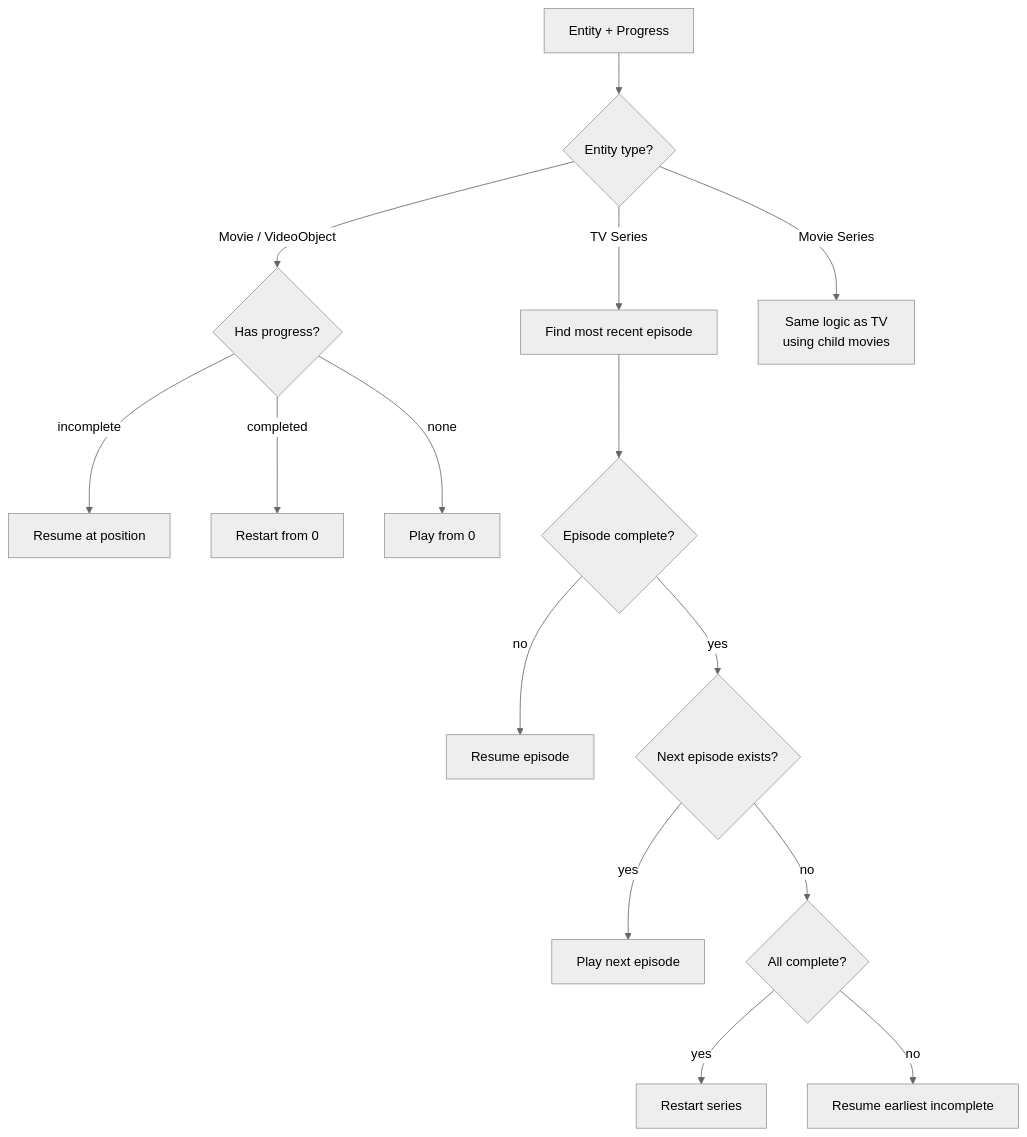
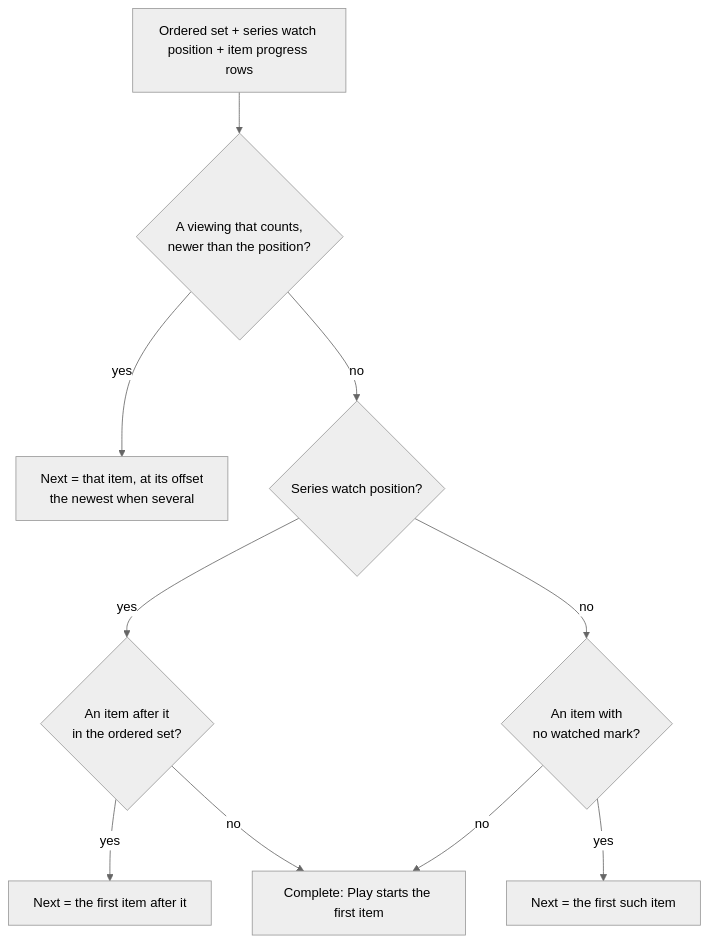
One commit to media-centaur/media-centaur changed the second of 2 diagrams in docs/playback.md. Above: the diagram before and after it, drawn with Mermaid (neutral theme). The commit also changed other lines of this file and 16 other files, not shown here.

Commit message:
docs: title progress and the series watch position

````diff
--- a/docs/playback.md
+++ b/docs/playback.md
@@ -65,20 +65,12 @@
 ```mermaid
 flowchart TD
-    Start[Entity + Progress] --> Type{Entity type?}
-
-    Type -->|Movie / VideoObject| MP{Has progress?}
-    MP -->|incomplete| Resume1[Resume at position]
-    MP -->|completed| Restart1[Restart from 0]
-    MP -->|none| Play1[Play from 0]
-
-    Type -->|TV Series| EP[Find most recent episode]
-    EP --> EPC{Episode complete?}
-    EPC -->|no| Resume2[Resume episode]
-    EPC -->|yes| Next{Next episode exists?}
-    Next -->|yes| PlayNext[Play next episode]
-    Next -->|no| AllDone{All complete?}
-    AllDone -->|yes| Restart2[Restart series]
-    AllDone -->|no| Resume3[Resume earliest incomplete]
-
-    Type -->|Movie Series| Same[Same logic as TV<br/>using child movies]
+    Start[Ordered set + series watch position + item progress rows] --> V{A viewing that counts,<br/>newer than the position?}
+    V -->|yes| Resume[Next = that item, at its offset<br/>the newest when several]
+    V -->|no| P{Series watch position?}
+    P -->|yes| After{An item after it<br/>in the ordered set?}
+    After -->|yes| NextAfter[Next = the first item after it]
+    After -->|no| Complete[Complete: Play starts the first item]
+    P -->|no| Marks{An item with<br/>no watched mark?}
+    Marks -->|yes| FirstUnmarked[Next = the first such item]
+    Marks -->|no| Complete
 ```
````
